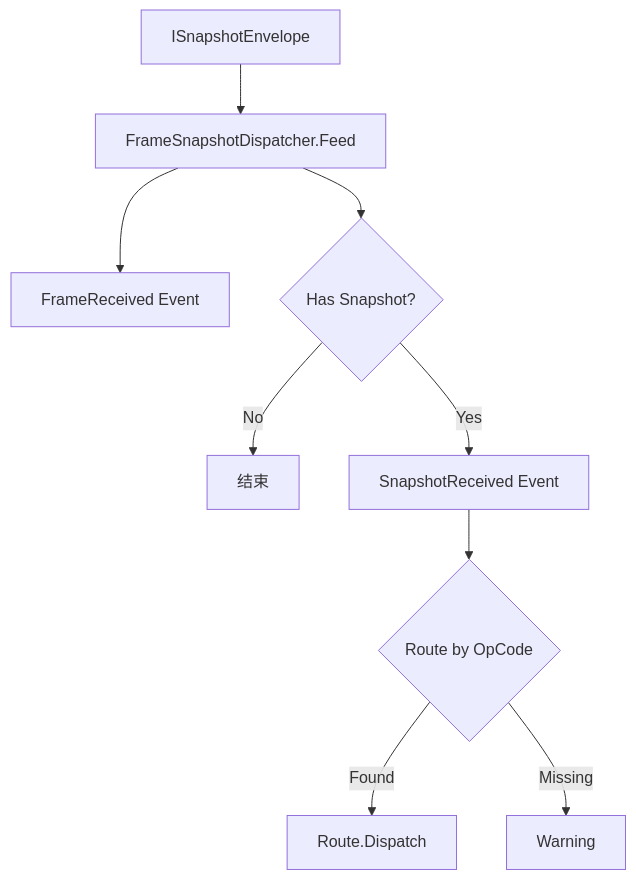
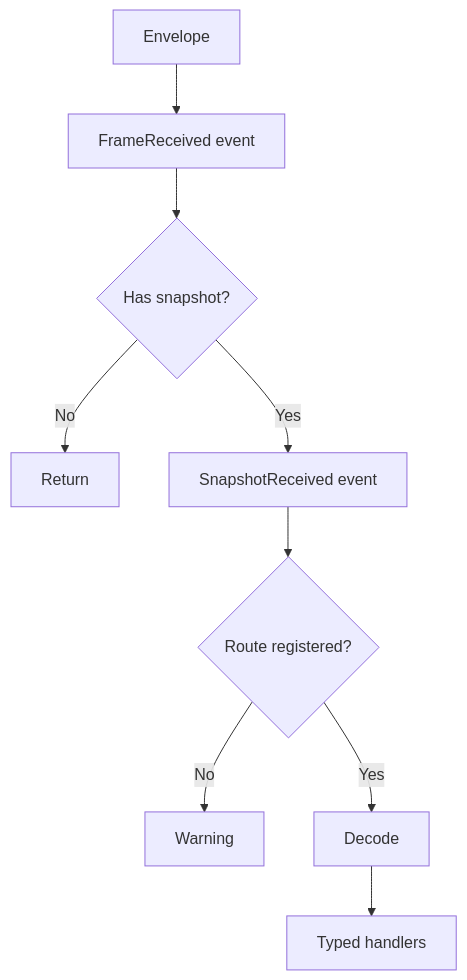
The diagram in Docs/design/09-ImplementationExamples/MOBA/04-SnapshotPresentationPrediction.md (Kurumioi/AbilityKit), drawn with Mermaid before and after one commit. The commit also changed other lines of this file and 118 other files, not shown here.

````diff
--- a/Docs/design/09-ImplementationExamples/MOBA/04-SnapshotPresentationPrediction.md
+++ b/Docs/design/09-ImplementationExamples/MOBA/04-SnapshotPresentationPrediction.md
@@ -44,11 +132,11 @@
 ```mermaid
 flowchart TD
-    A[ISnapshotEnvelope] --> B[FrameSnapshotDispatcher.Feed]
-    B --> C[FrameReceived Event]
-    B --> D{Has Snapshot?}
-    D -->|No| E[结束]
-    D -->|Yes| F[SnapshotReceived Event]
-    F --> G{Route by OpCode}
-    G -->|Found| H[Route.Dispatch]
-    G -->|Missing| I[Warning]
+    A[Envelope] --> B[FrameReceived event]
+    B --> C{Has snapshot?}
+    C -->|No| Z[Return]
+    C -->|Yes| D[SnapshotReceived event]
+    D --> E{Route registered?}
+    E -->|No| F[Warning]
+    E -->|Yes| G[Decode]
+    G --> H[Typed handlers]
 ```
````
